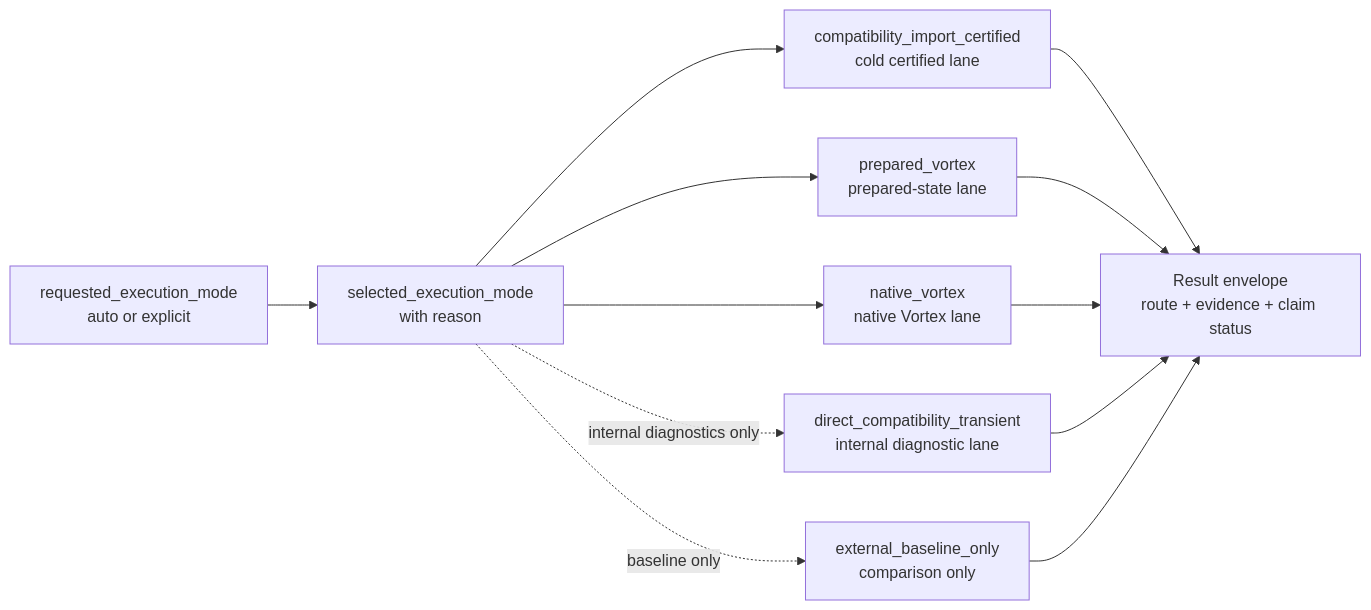
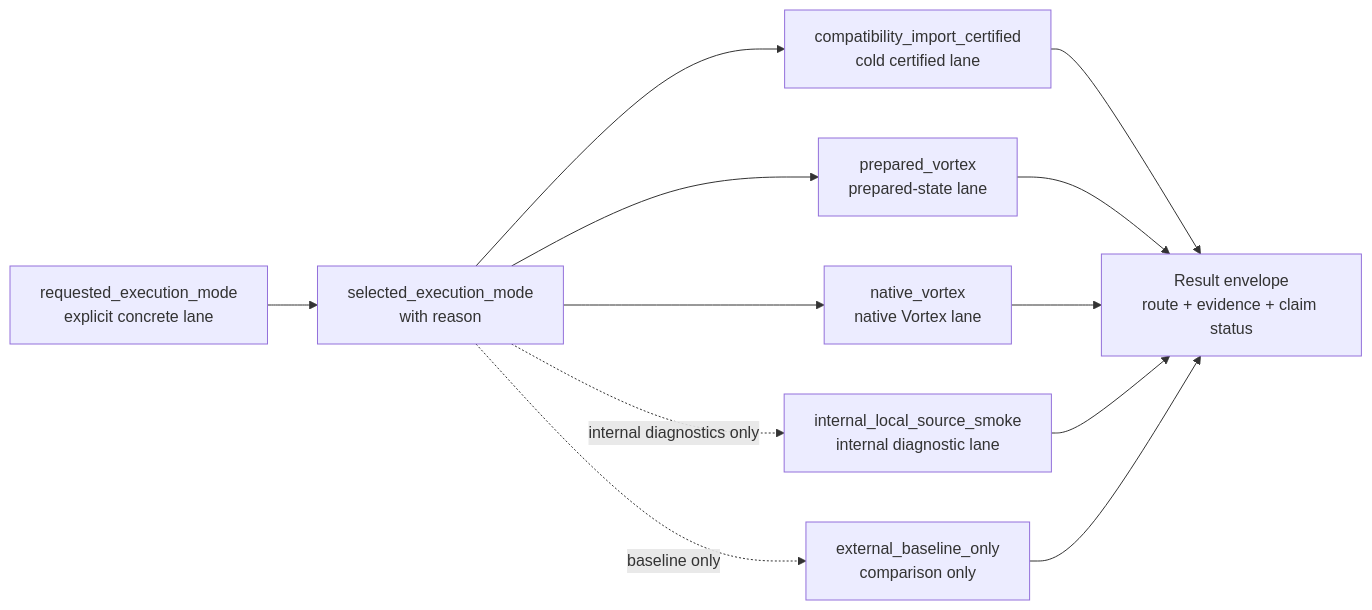
Before and after one commit to depsilon/shardloom: the fourth of 8 diagrams in website/assets/data/compute-engine-flow-reference.md, drawn with Mermaid. The commit also changed other lines of this file and 194 other files, not shown here.

````diff
--- a/website/assets/data/compute-engine-flow-reference.md
+++ b/website/assets/data/compute-engine-flow-reference.md
@@ -482,18 +482,18 @@
 ```mermaid
 flowchart LR
-    REQUEST["requested_execution_mode<br/>auto or explicit"]
+    REQUEST["requested_execution_mode<br/>explicit concrete lane"]
     SELECT["selected_execution_mode<br/>with reason"]
     COMPAT["compatibility_import_certified<br/>cold certified lane"]
     PREPARED["prepared_vortex<br/>prepared-state lane"]
     NATIVE["native_vortex<br/>native Vortex lane"]
-    DIRECT["direct_compatibility_transient<br/>internal diagnostic lane"]
+    DIRECT["internal_local_source_smoke<br/>internal diagnostic lane"]
     BASELINE["external_baseline_only<br/>comparison only"]
     RESULT["Result envelope<br/>route + evidence + claim status"]
 
     REQUEST --> SELECT
     SELECT --> COMPAT --> RESULT
     SELECT --> PREPARED --> RESULT
     SELECT --> NATIVE --> RESULT
     SELECT -. internal diagnostics only .-> DIRECT --> RESULT
     SELECT -. baseline only .-> BASELINE --> RESULT
 ```
````
